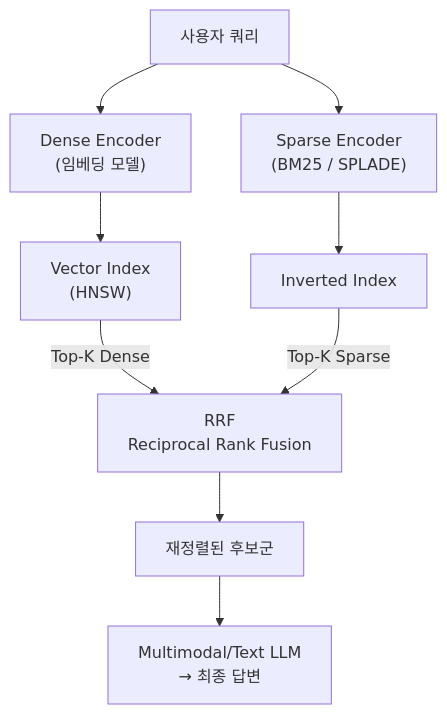
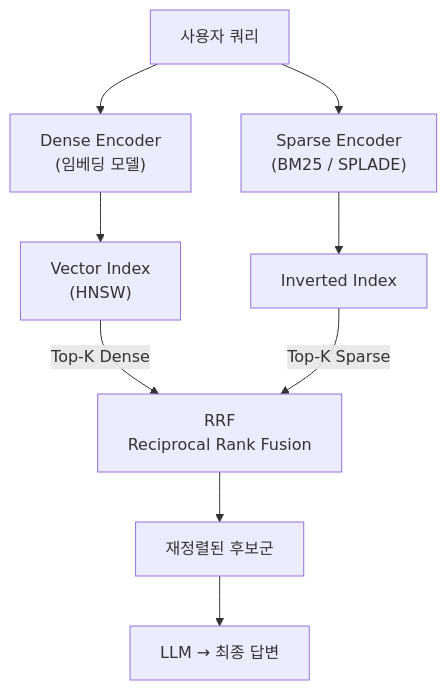
One commit to TaeHunKim/AIEngineeringLLMWiki changed the first of 3 diagrams in wiki/AI/Engineering/Context_Engineering/Retrieval_Strategies/RAG/Hybrid_RAG.md. Above: the diagram before and after it, drawn with Mermaid. The commit also changed other lines of this file and 1 other file, not shown here.

First line of the commit message:
docs: expand Hybrid RAG to cover both Dense+Sparse and Vector+Graph hybrid approaches

````diff
--- a/wiki/AI/Engineering/Context_Engineering/Retrieval_Strategies/RAG/Hybrid_RAG.md
+++ b/wiki/AI/Engineering/Context_Engineering/Retrieval_Strategies/RAG/Hybrid_RAG.md
@@ -27,11 +42,11 @@
 ```mermaid
 flowchart TD
     Q["사용자 쿼리"] --> DE["Dense Encoder<br/>(임베딩 모델)"]
     Q --> SE["Sparse Encoder<br/>(BM25 / SPLADE)"]
     DE --> VI["Vector Index<br/>(HNSW)"]
     SE --> II["Inverted Index"]
     VI -->|"Top-K Dense"| RRF["RRF<br/>Reciprocal Rank Fusion"]
     II -->|"Top-K Sparse"| RRF
     RRF --> RC["재정렬된 후보군"]
-    RC --> LLM["Multimodal/Text LLM<br/>→ 최종 답변"]
+    RC --> LLM["LLM → 최종 답변"]
 ```
````
